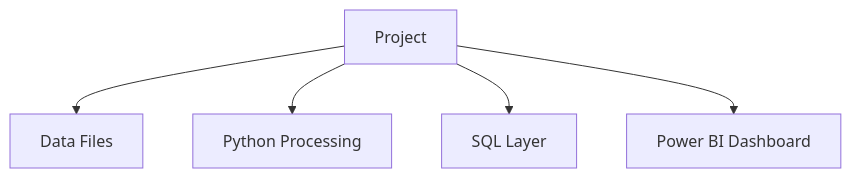
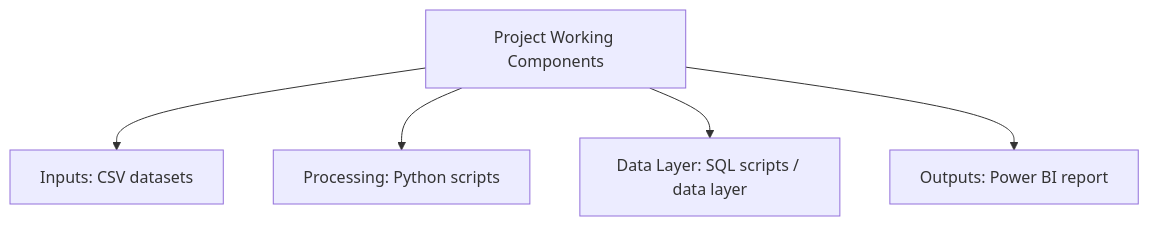
One commit to gawandeshil03-ops/marketing-intelligence-and-campaign-analytics-portfolio changed the diagram in README.md. Above: the diagram before and after it, drawn with Mermaid. The commit also changed other lines of this file, not shown here.

````diff
--- a/README.md
+++ b/README.md
@@ -26,8 +30,8 @@
 ```mermaid
 flowchart TD
-    P["Project"]
-    P --> N0["Data Files"]
-    P --> N1["Python Processing"]
-    P --> N2["SQL Layer"]
-    P --> N3["Power BI Dashboard"]
+    P["Project Working Components"]
+    P --> G1["Inputs: CSV datasets"]
+    P --> G2["Processing: Python scripts"]
+    P --> G3["Data Layer: SQL scripts / data layer"]
+    P --> G4["Outputs: Power BI report"]
 ```
````
